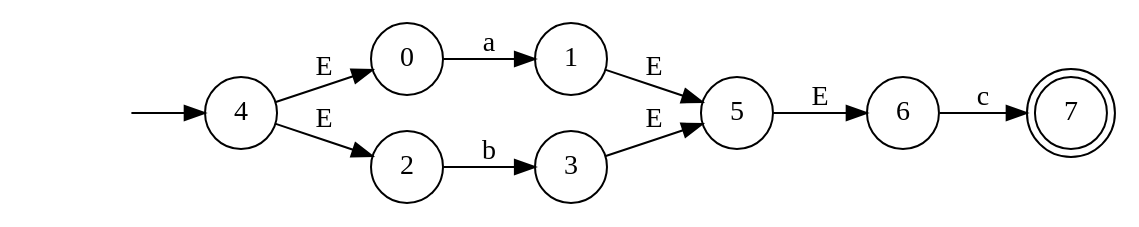
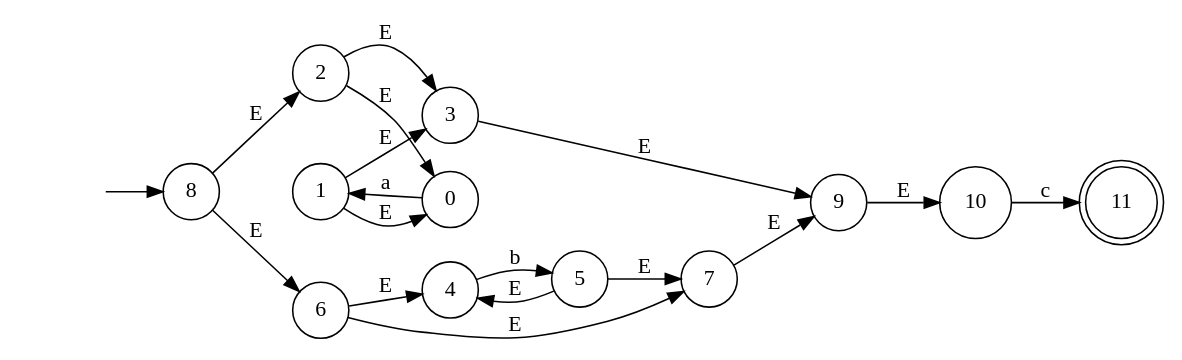
Before and after one commit to CrisLayB/ProgrammingLanguageDesign: the diagram in docs/automataAFN.dot, drawn with Graphviz. The commit also changed 16 other files, not shown here.

```diff
--- a/docs/automataAFN.dot
+++ b/docs/automataAFN.dot
@@ -1,19 +1,27 @@
 digraph "Resultado Automata" {
 rankdir=LR size="8,5"
 node [shape=doublecircle]
-7
+11
 node [shape=circle]
-4
+8
 node [shape=none]
 ""
-""-> 4 [label=""]
+""-> 8 [label=""]
 node [shape=circle]
 0 -> 1[label="a"]
-2 -> 3[label="b"]
-4 -> 0[label="E"]
-4 -> 2[label="E"]
-1 -> 5[label="E"]
-3 -> 5[label="E"]
-6 -> 7[label="c"]
-5 -> 6[label="E"]
+1 -> 0[label="E"]
+2 -> 3[label="E"]
+2 -> 0[label="E"]
+1 -> 3[label="E"]
+4 -> 5[label="b"]
+5 -> 4[label="E"]
+6 -> 7[label="E"]
+6 -> 4[label="E"]
+5 -> 7[label="E"]
+8 -> 2[label="E"]
+8 -> 6[label="E"]
+3 -> 9[label="E"]
+7 -> 9[label="E"]
+10 -> 11[label="c"]
+9 -> 10[label="E"]
 }
```
